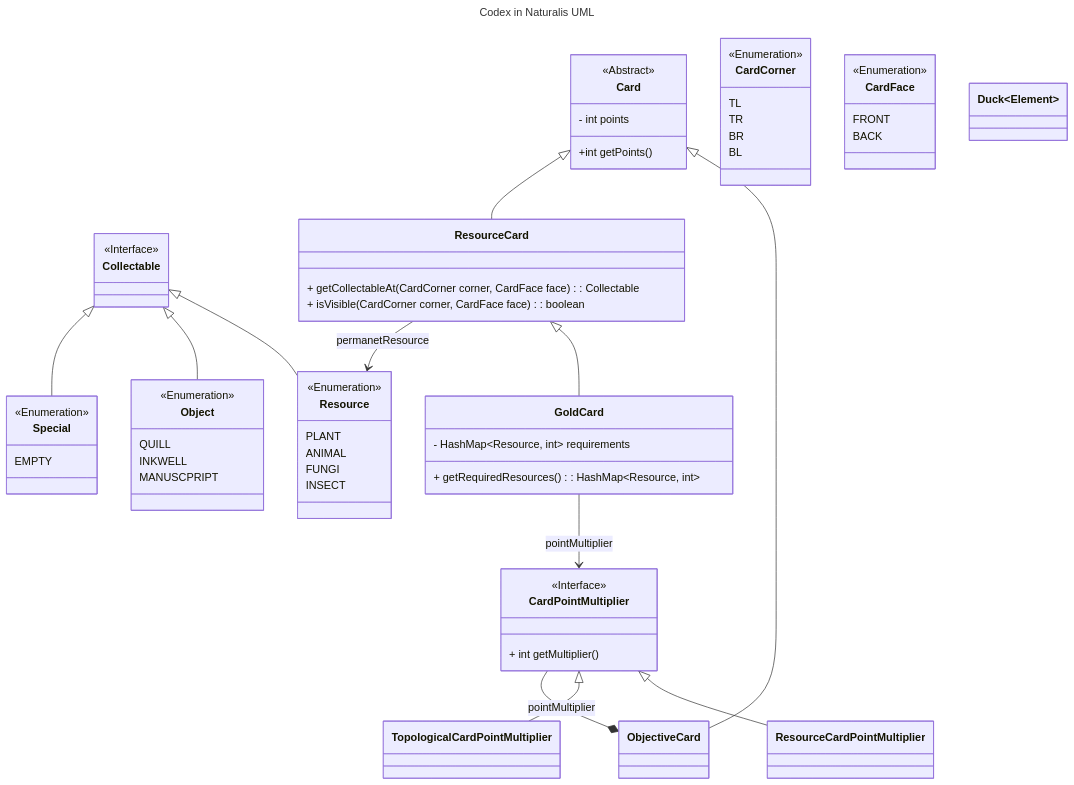
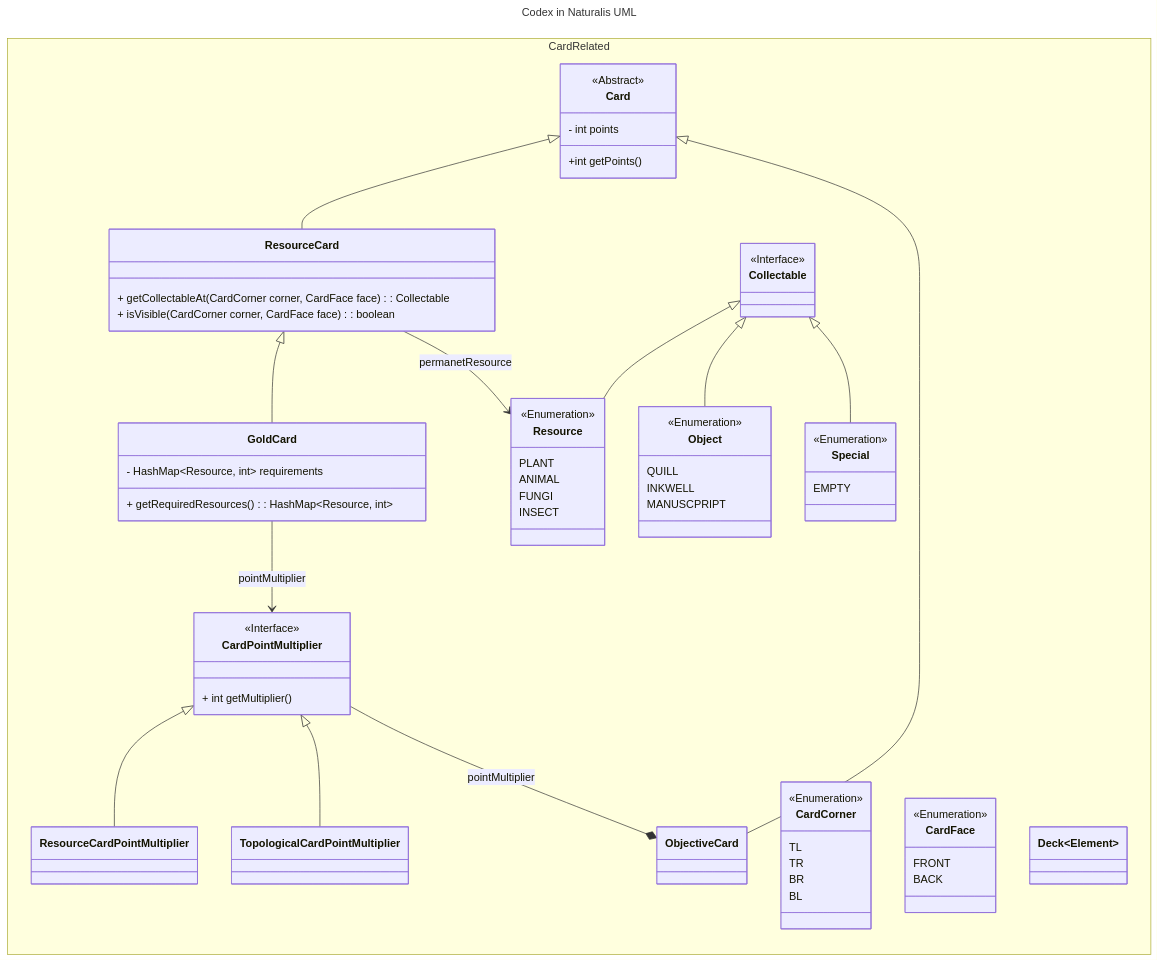
Before and after one commit to Software-Engineering-Project-PoliMi2024/ing-sw-2024-Figini-Ginefra-Grisoni-Lanzafame: the diagram in Uml_draft.md, drawn with Mermaid.

Commit message:
chore: refactor mermaid code for a more organized render

````diff
--- a/Uml_draft.md
+++ b/Uml_draft.md
@@ -5,100 +5,100 @@
 title: Codex in Naturalis UML
 ---
 classDiagram
-    class Card{
-        <<Abstract>>
-        - int points
+    direction LR
+    Card <|-- ResourceCard
+    Card <|-- ObjectiveCard
 
-        +int getPoints()
-    }
-    class Collectable{
-        <<Interface>>
-    }
-
-    class Resource{
-        <<Enumeration>>
-        PLANT
-        ANIMAL
-        FUNGI
-        INSECT
-    }
-
-    class Object{
-        <<Enumeration>>
-        QUILL
-        INKWELL
-        MANUSCPRIPT
-    }
-
-    class Special{
-        <<Enumeration>>
-        EMPTY
-    }
-
-    class GoldCard{
-        - HashMap~Resource, int~ requirements
-        + getRequiredResources() : HashMap~Resource, int~
-    }
+    ResourceCard <|-- GoldCard
 
     GoldCard --> CardPointMultiplier : pointMultiplier
 
+    ResourceCard --> Resource : permanetResource
 
-    ResourceCard <|-- GoldCard
-
-    ResourceCard --> Resource : permanetResource
-    Collectable <|-- Resource
-    Collectable <|-- Object
-    Collectable <|-- Special
-
-    class ObjectiveCard{
-
-    }
-
-
-    Card <|-- ObjectiveCard
-    Card <|-- ResourceCard
-
-    class CardPointMultiplier{
-        <<Interface>>
-        + int getMultiplier()
-    }
-
-    class ResourceCardPointMultiplier{
-    }
-
-    class TopologicalCardPointMultiplier{
-    }
 
     CardPointMultiplier <|-- ResourceCardPointMultiplier
     CardPointMultiplier <|-- TopologicalCardPointMultiplier
     CardPointMultiplier --* ObjectiveCard : pointMultiplier
 
-    class ResourceCard{
-        + getCollectableAt(CardCorner corner, CardFace face) : Collectable
-        + isVisible(CardCorner corner, CardFace face) : boolean
-    }
+    Collectable <|-- Resource
+    Collectable <|-- Object
+    Collectable <|-- Special
 
+    namespace CardRelated{
+        class Card{
+            <<Abstract>>
+            - int points
+            +int getPoints()
+        }
 
+        class Collectable{
+            <<Interface>>
+        }
 
-    class CardCorner{
-        <<Enumeration>>
-        TL
-        TR
-        BR
-        BL
-    }
+        class Resource{
+            <<Enumeration>>
+            PLANT
+            ANIMAL
+            FUNGI
+            INSECT
+        }
 
-    class CardFace{
-        <<Enumeration>>
-        FRONT
-        BACK
+        class Object{
+            <<Enumeration>>
+            QUILL
+            INKWELL
+            MANUSCPRIPT
+        }
+
+        class Special{
+            <<Enumeration>>
+            EMPTY
+        }
+
+        class GoldCard{
+            - HashMap~Resource, int~ requirements
+            + getRequiredResources() : HashMap~Resource, int~
+        }
+
+        class ObjectiveCard{
+
+        }
+
+        class CardPointMultiplier{
+            <<Interface>>
+            + int getMultiplier()
+        }
+
+        class ResourceCardPointMultiplier{
+        }
+
+        class TopologicalCardPointMultiplier{
+        }
+
+        class ResourceCard{
+            + getCollectableAt(CardCorner corner, CardFace face) : Collectable
+            + isVisible(CardCorner corner, CardFace face) : boolean
+        }
+
+        class CardCorner{
+            <<Enumeration>>
+            TL
+            TR
+            BR
+            BL
+        }
+
+        class CardFace{
+            <<Enumeration>>
+            FRONT
+            BACK
+        }
+
+        class Deck~Element~{
+        }
     }
 
 
 
 
-    class Duck~Element~{
-    }
-
-
 ```
````
